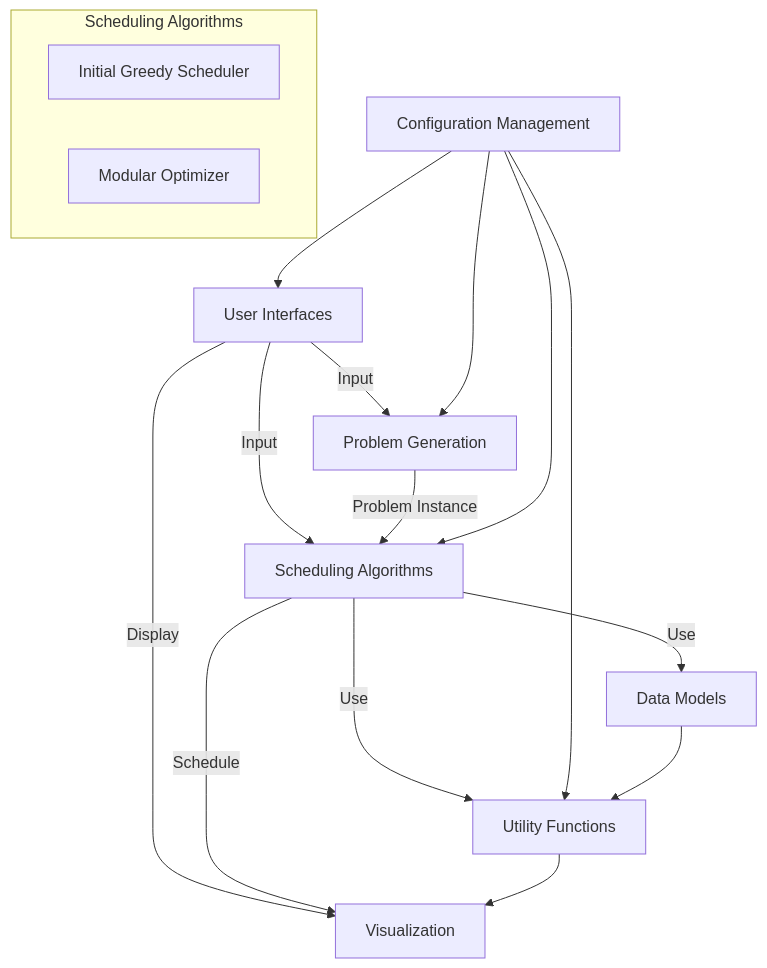
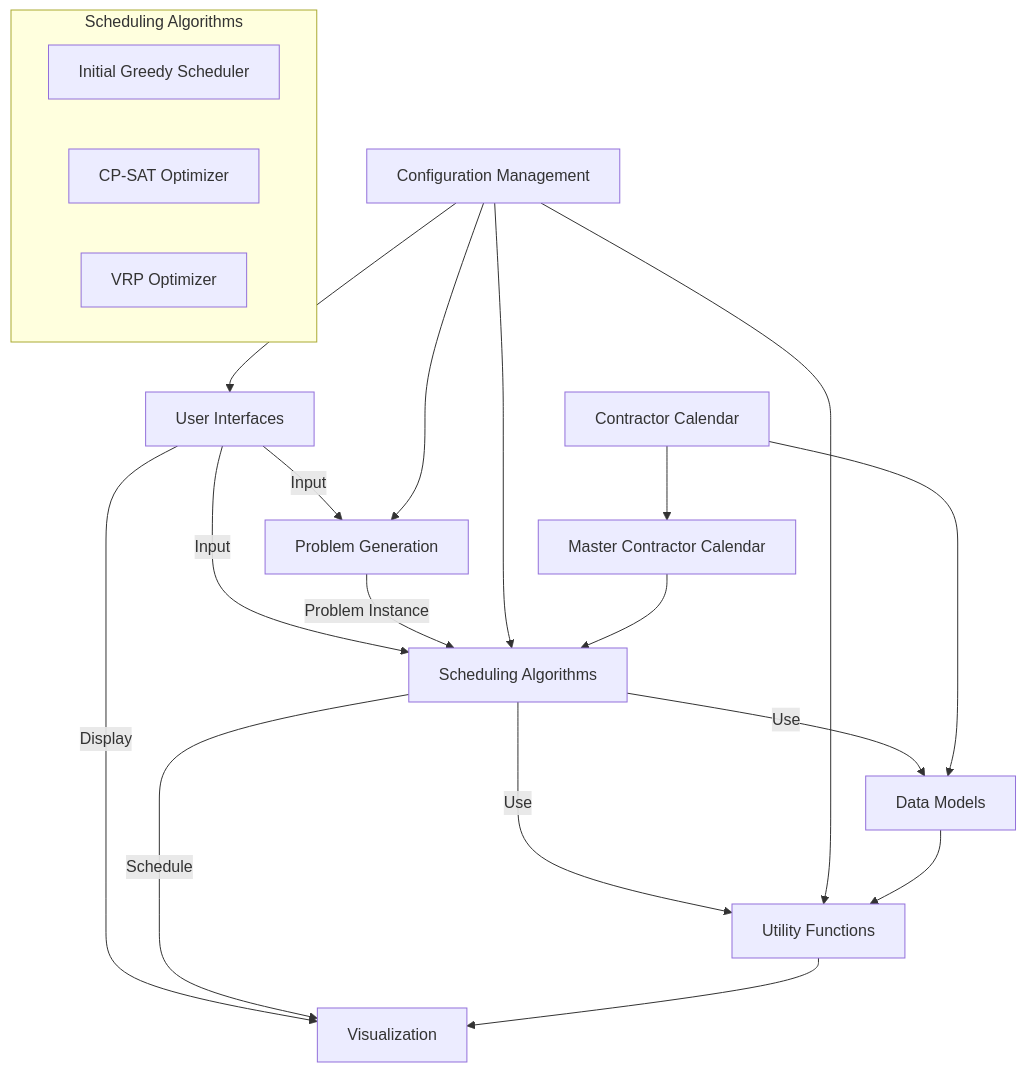
One commit to heythisisgordon/SyntheticErrandsScheduler-v3 changed the diagram in docs/systems_engineering/system_architecture_document.md. Above: the diagram before and after it, drawn with Mermaid. The commit also changed other lines of this file and 71 other files, not shown here.

````diff
--- a/docs/systems_engineering/system_architecture_document.md
+++ b/docs/systems_engineering/system_architecture_document.md
@@ -91,26 +100,31 @@
 ```mermaid
 graph TD
     UI[User Interfaces]
     UI --> |Input| PG[Problem Generation]
     UI --> |Input| SA[Scheduling Algorithms]
     UI --> |Display| VIS[Visualization]
     
     PG --> |Problem Instance| SA
     SA --> |Schedule| VIS
     
     SA --> |Use| DM[Data Models]
     SA --> |Use| UF[Utility Functions]
     
     subgraph Scheduling Algorithms
         IGS[Initial Greedy Scheduler]
-        MO[Modular Optimizer]
+        CPSAT[CP-SAT Optimizer]
+        VRP[VRP Optimizer]
     end
     
     CM[Configuration Management] --> UI
     CM --> PG
     CM --> SA
     CM --> UF
     
     DM --> UF
     UF --> VIS
+    
+    CC[Contractor Calendar] --> DM
+    CC --> MCC[Master Contractor Calendar]
+    MCC --> SA
 ```
````
